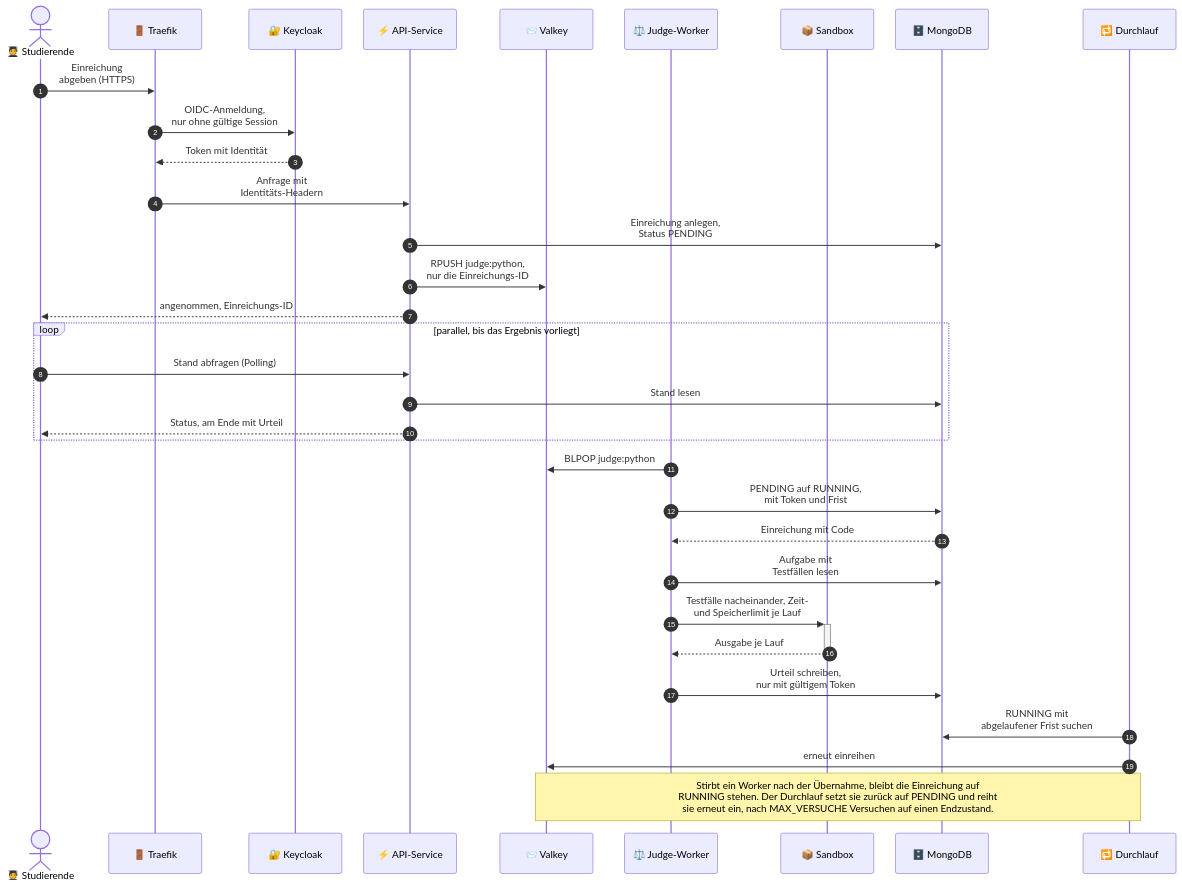
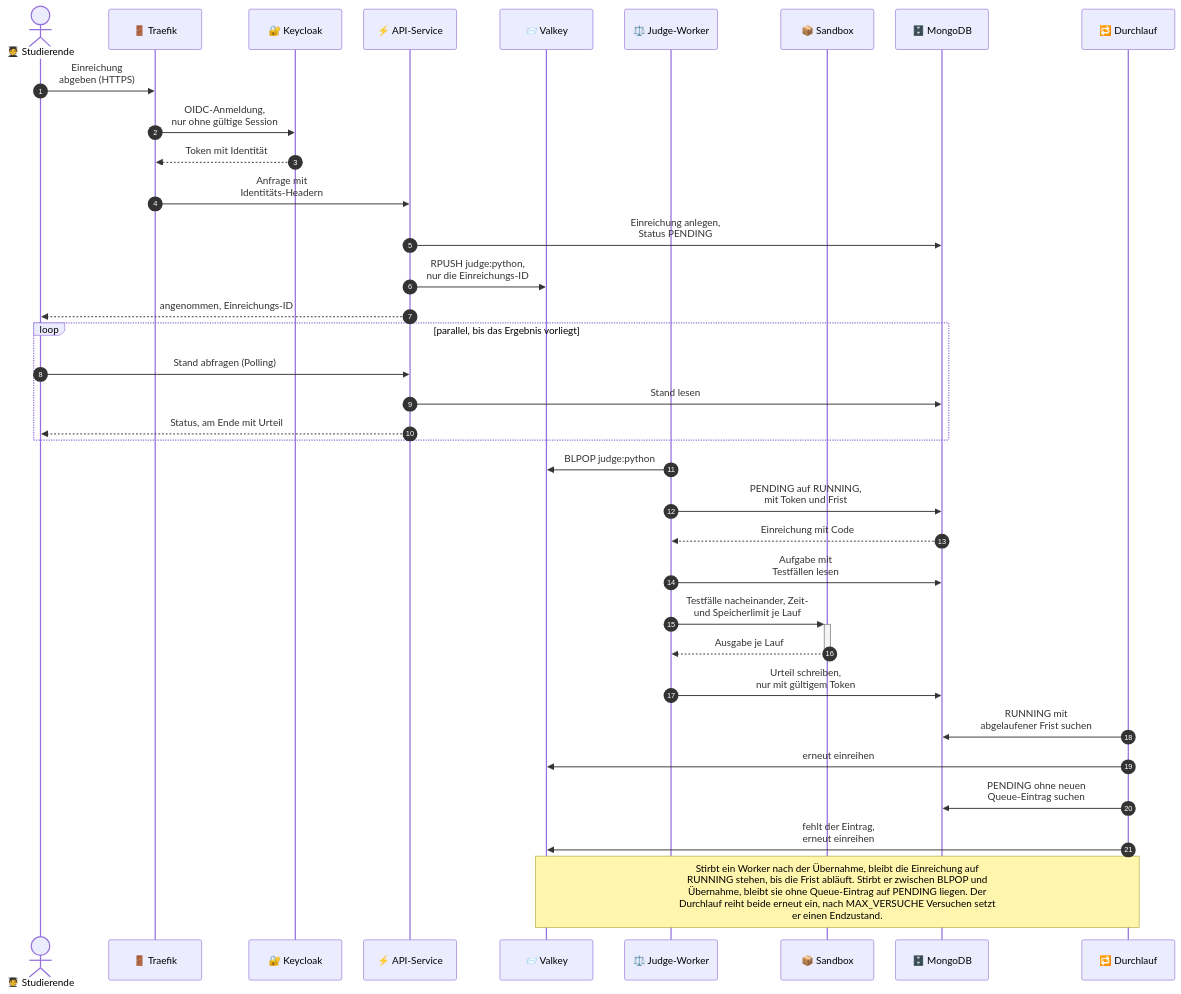
Before and after one commit to litithio/Online-Judge-Cloud: the diagram in docs/diagramme/datenfluss.mmd, drawn with Mermaid. The commit also changed 3 other files, not shown here.

First line of the commit message:
Diagramme: Rückholpfad aus #113 im Bild

```diff
--- a/docs/diagramme/datenfluss.mmd
+++ b/docs/diagramme/datenfluss.mmd
@@ -1,50 +1,52 @@
 ---
 # Feste Schrift: mermaid bemisst die Kästen mit der Schrift, die beim
 # Rendern verfügbar ist. Weicht die Anzeigeschrift ab, laufen Texte über
 # die Ränder.
 config:
   fontFamily: Arial, Helvetica, sans-serif
   # Der Notiz-Kasten liegt exakt auf der vermessenen Textbreite, ohne
   # Innenabstand. Die etwas kleinere Schrift schafft die Luft; !important,
   # weil der Text eine Inline-Schriftgröße trägt.
   themeCSS: ".noteText { font-size: 14px !important; }"
   # Enger als der Default (50): Das Diagramm wird im README auf
   # Spaltenbreite skaliert, jeder gesparte Querpixel macht die Schrift
   # dort größer.
   sequence:
     actorMargin: 35
 ---
 sequenceDiagram
     autonumber
     actor S as 🧑‍🎓 Studierende
     participant T as 🚪 Traefik
     participant K as 🔐 Keycloak
     participant A as ⚡ API-Service
     participant V as 📨 Valkey
     participant W as ⚖️ Judge-Worker
     participant B as 📦 Sandbox
     participant M as 🗄️ MongoDB
     participant D as 🔁 Durchlauf
 
     S->>T: Einreichung<br/>abgeben (HTTPS)
     T->>K: OIDC-Anmeldung,<br/>nur ohne gültige Session
     K-->>T: Token mit Identität
     T->>A: Anfrage mit<br/>Identitäts-Headern
     A->>M: Einreichung anlegen,<br/>Status PENDING
     A->>V: RPUSH judge:python,<br/>nur die Einreichungs-ID
     A-->>S: angenommen, Einreichungs-ID
     loop parallel, bis das Ergebnis vorliegt
         S->>A: Stand abfragen (Polling)
         A->>M: Stand lesen
         A-->>S: Status, am Ende mit Urteil
     end
     W->>V: BLPOP judge:python
     W->>M: PENDING auf RUNNING,<br/>mit Token und Frist
     M-->>W: Einreichung mit Code
     W->>M: Aufgabe mit<br/>Testfällen lesen
     W->>+B: Testfälle nacheinander, Zeit-<br/>und Speicherlimit je Lauf
     B-->>-W: Ausgabe je Lauf
     W->>M: Urteil schreiben,<br/>nur mit gültigem Token
     D->>M: RUNNING mit<br/>abgelaufener Frist suchen
     D->>V: erneut einreihen
-    Note over V,D: Stirbt ein Worker nach der Übernahme, bleibt die Einreichung auf<br/>RUNNING stehen. Der Durchlauf setzt sie zurück auf PENDING und reiht<br/>sie erneut ein, nach MAX_VERSUCHE Versuchen auf einen Endzustand.
+    D->>M: PENDING ohne neuen<br/>Queue-Eintrag suchen
+    D->>V: fehlt der Eintrag,<br/>erneut einreihen
+    Note over V,D: Stirbt ein Worker nach der Übernahme, bleibt die Einreichung auf<br/>RUNNING stehen, bis die Frist abläuft. Stirbt er zwischen BLPOP und<br/>Übernahme, bleibt sie ohne Queue-Eintrag auf PENDING liegen. Der<br/>Durchlauf reiht beide erneut ein, nach MAX_VERSUCHE Versuchen setzt<br/>er einen Endzustand.
```
